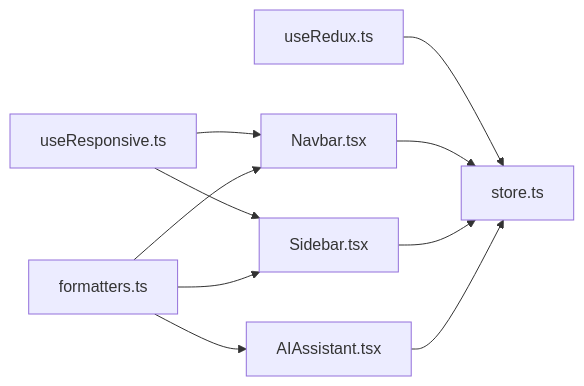
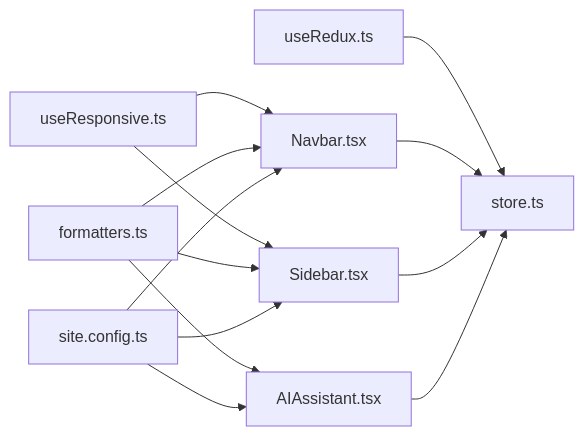
Before and after one commit to cacamarica/dashboard-ai: the seventh of 7 diagrams in .qoder/repowiki/en/content/Utilities and Helpers.md, drawn with Mermaid. The commit also changed other lines of this file and 14 other files, not shown here.

````diff
--- a/.qoder/repowiki/en/content/Utilities and Helpers.md
+++ b/.qoder/repowiki/en/content/Utilities and Helpers.md
@@ -301,12 +399,15 @@
 ```mermaid
 graph LR
 UR["useRedux.ts"] --> ST["store.ts"]
 URP["useResponsive.ts"] --> NAV["Navbar.tsx"]
 URP --> SIDEBAR["Sidebar.tsx"]
 FM["formatters.ts"] --> NAV
 FM --> SIDEBAR
 FM --> AI["AIAssistant.tsx"]
+SC["site.config.ts"] --> NAV
+SC --> SIDEBAR
+SC --> AI
 NAV --> ST
 SIDEBAR --> ST
 AI --> ST
 ```
````
